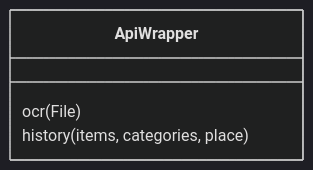
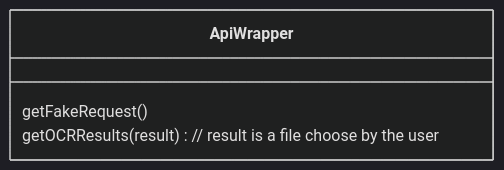
Before and after one commit to jskplf/spending_tracker_client: the second of 8 diagrams in README.md, drawn with Mermaid (dark theme). The commit also changed other lines of this file and 16 other files, not shown here.

Commit message:
Chart view now toggles through all charts, and tests for receipt model and receipt list are complete

````diff
--- a/README.md
+++ b/README.md
@@ -67,7 +59,7 @@
 ```mermaid
 classDiagram
 class ApiWrapper{
-    ocr(File)
-    history(items, categories, place)
+    getFakeRequest()
+    getOCRResults(result)   // result is a file choose by the user
 }
 ```
````
